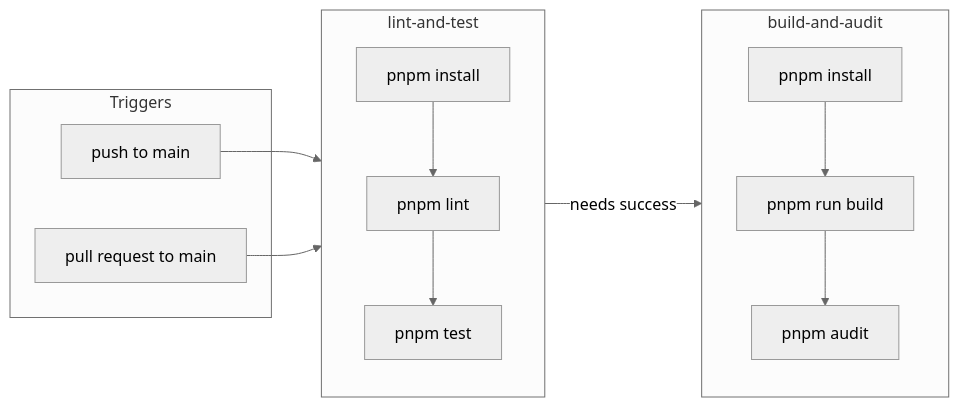
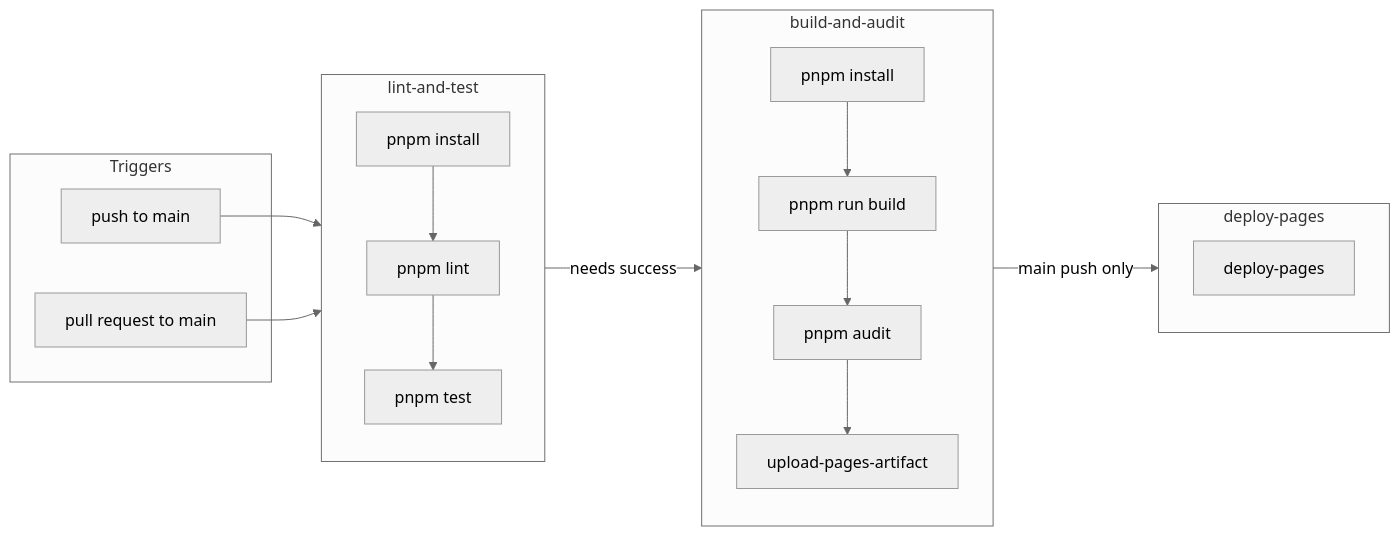
Before and after one commit to VRossi18/RickAndMortyPortal: the diagram in README.md, drawn with Mermaid (neutral theme). The commit also changed other lines of this file and 12 other files, not shown here.

````diff
--- a/README.md
+++ b/README.md
@@ -20,22 +23,27 @@
 ```mermaid
 flowchart LR
    subgraph trigger [Triggers]
       push[push to main]
       pr[pull request to main]
    end
    subgraph job1 [lint-and-test]
       install1[pnpm install]
       lint[pnpm lint]
       test[pnpm test]
       install1 --> lint --> test
    end
    subgraph job2 [build-and-audit]
       install2[pnpm install]
       build[pnpm run build]
       audit[pnpm audit]
-      install2 --> build --> audit
+      upload[upload-pages-artifact]
+      install2 --> build --> audit --> upload
+   end
+   subgraph job3 [deploy-pages]
+      deploy[deploy-pages]
    end
    push --> job1
    pr --> job1
    job1 -->|needs success| job2
+   job2 -->|main push only| job3
 ```
````
